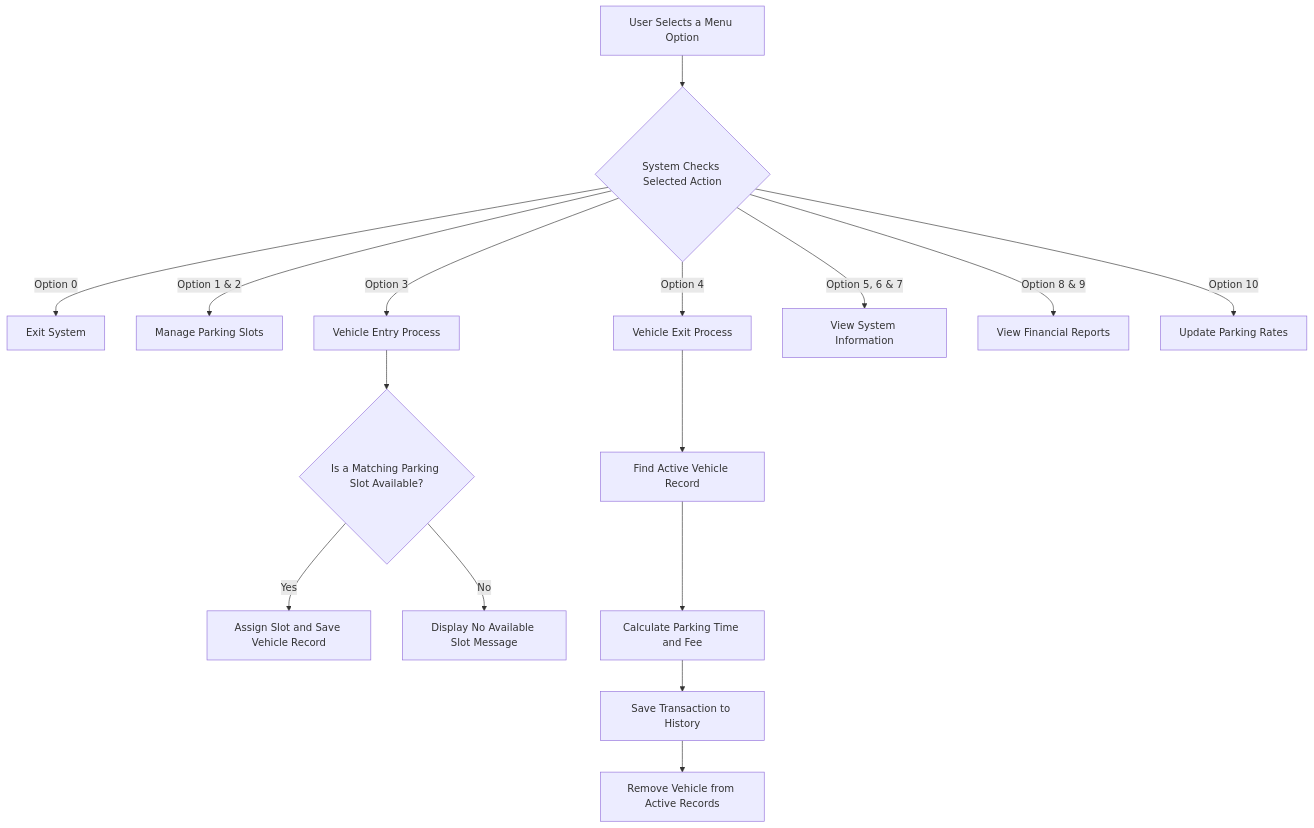
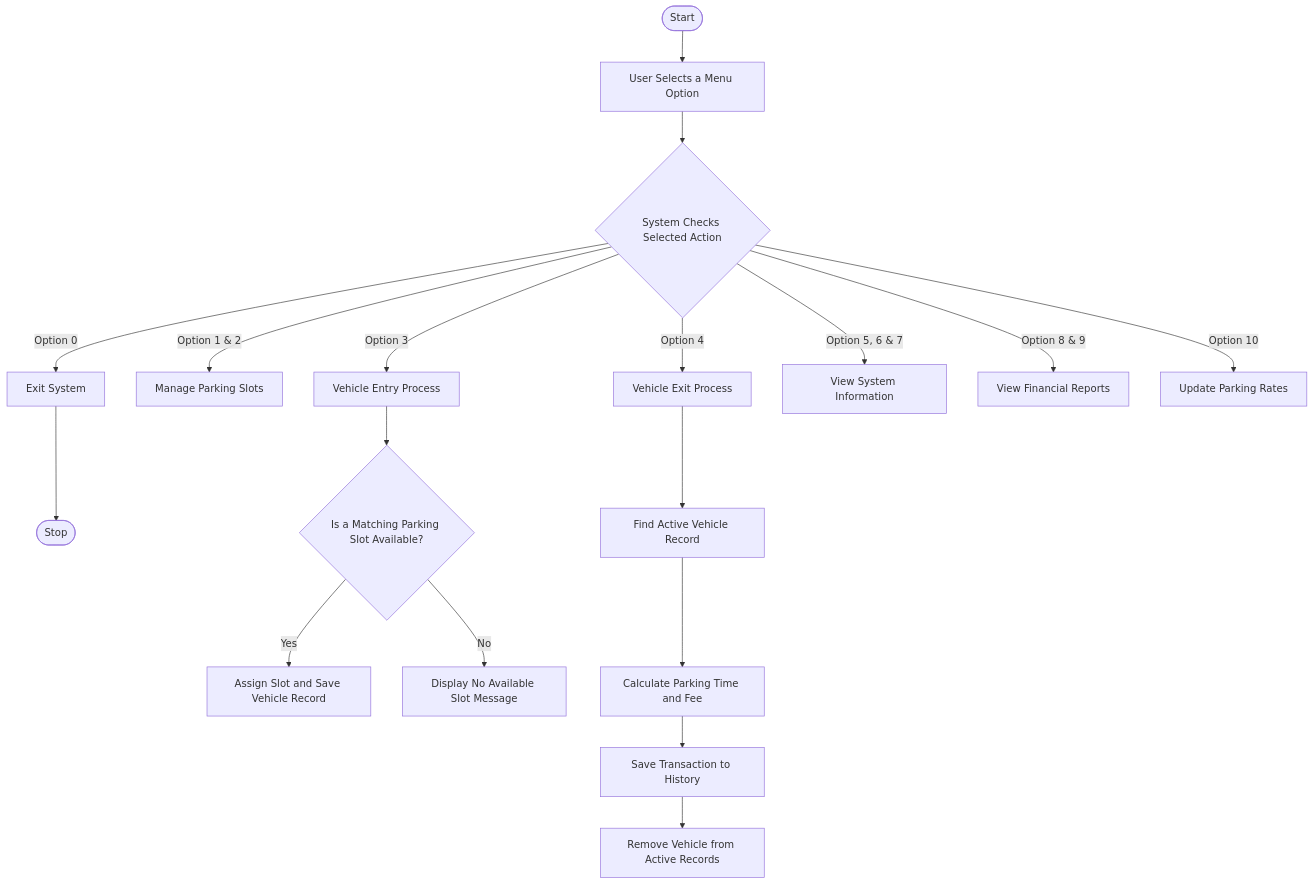
The diagram in docs/architecture.md (Mchiir/SmartParkingSystem), drawn with Mermaid before and after one commit. The commit also changed 2 other files, not shown here.

Commit message:
fix: archicture system dfd, plate number validation

````diff
--- a/docs/architecture.md
+++ b/docs/architecture.md
@@ -3,22 +3,25 @@
 ```mermaid
 graph TD
-    A[User Selects a Menu Option] --> B{System Checks Selected Action}
+    START([Start]) --> A[User Selects a Menu Option]
+
+    A --> B{System Checks Selected Action}
 
     B -->|Option 0| Z[Exit System]
+    Z --> STOP([Stop])
 
     B -->|Option 1 & 2| C[Manage Parking Slots]
     B -->|Option 3| D[Vehicle Entry Process]
     B -->|Option 4| E[Vehicle Exit Process]
     B -->|Option 5, 6 & 7| F[View System Information]
     B -->|Option 8 & 9| G[View Financial Reports]
     B -->|Option 10| H[Update Parking Rates]
 
     D --> I{Is a Matching Parking Slot Available?}
     I -->|Yes| J[Assign Slot and Save Vehicle Record]
     I -->|No| K[Display No Available Slot Message]
 
     E --> L[Find Active Vehicle Record]
     L --> M[Calculate Parking Time and Fee]
     M --> N[Save Transaction to History]
     N --> O[Remove Vehicle from Active Records]
 ```
````
